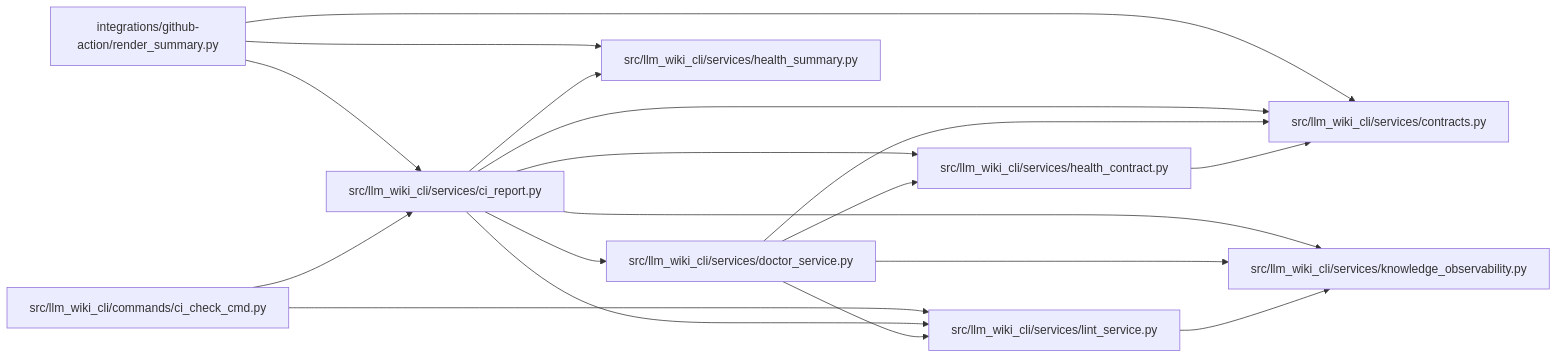
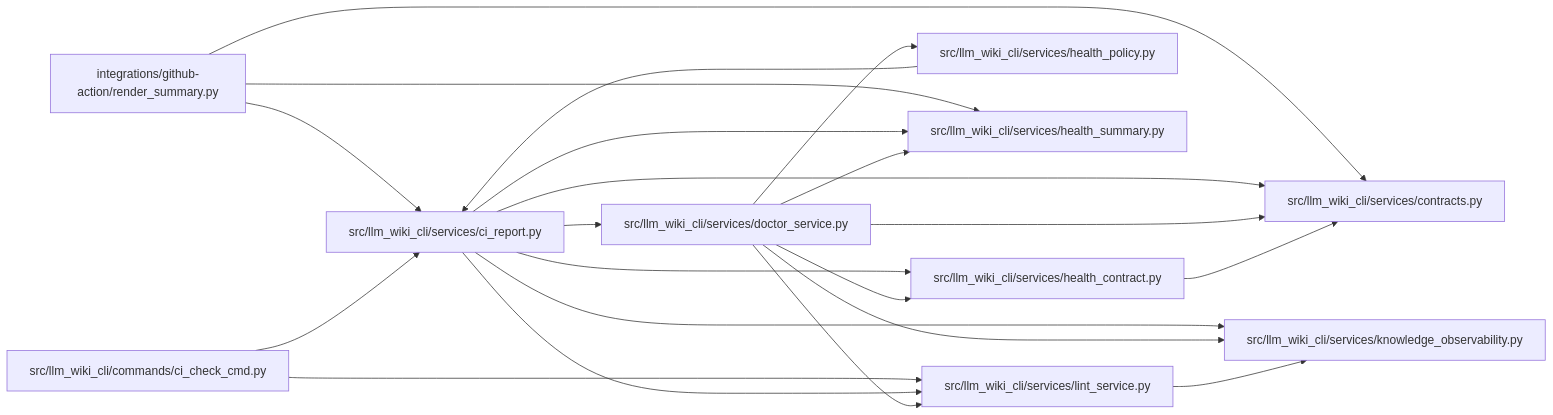
One commit to Denissvgn/python-wiki-llm changed the diagram in docs/llm_wiki/modules/ci_report.md. Above: the diagram before and after it, drawn with Mermaid. The commit also changed other lines of this file and 387 other files, not shown here.

Commit message:
docs(wiki): refresh repository maintenance knowledge

````diff
--- a/docs/llm_wiki/modules/ci_report.md
+++ b/docs/llm_wiki/modules/ci_report.md
@@ -37,38 +37,43 @@
 ```mermaid
 flowchart LR
     n0["integrations/github-action/render_summary.py"]
     n1["src/llm_wiki_cli/commands/ci_check_cmd.py"]
     n2["src/llm_wiki_cli/services/ci_report.py"]
     n3["src/llm_wiki_cli/services/contracts.py"]
     n4["src/llm_wiki_cli/services/doctor_service.py"]
     n5["src/llm_wiki_cli/services/health_contract.py"]
-    n6["src/llm_wiki_cli/services/health_summary.py"]
-    n7["src/llm_wiki_cli/services/knowledge_observability.py"]
-    n8["src/llm_wiki_cli/services/lint_service.py"]
+    n6["src/llm_wiki_cli/services/health_policy.py"]
+    n7["src/llm_wiki_cli/services/health_summary.py"]
+    n8["src/llm_wiki_cli/services/knowledge_observability.py"]
+    n9["src/llm_wiki_cli/services/lint_service.py"]
     n0 --> n2
     n0 --> n3
-    n0 --> n6
+    n0 --> n7
     n1 --> n2
-    n1 --> n8
+    n1 --> n9
     n2 --> n3
     n2 --> n4
     n2 --> n5
-    n2 --> n6
     n2 --> n7
     n2 --> n8
+    n2 --> n9
     n4 --> n3
     n4 --> n5
+    n4 --> n6
     n4 --> n7
     n4 --> n8
+    n4 --> n9
     n5 --> n3
-    n8 --> n7
+    n6 --> n2
+    n9 --> n8
     click n0 "../modules/render_summary.md"
     click n1 "../modules/ci_check_cmd.md"
     click n2 "../modules/ci_report.md"
     click n3 "../modules/services_contracts.md"
     click n4 "../modules/doctor_service.md"
     click n5 "../modules/health_contract.md"
-    click n6 "../modules/health_summary.md"
-    click n7 "../modules/knowledge_observability.md"
-    click n8 "../modules/lint_service.md"
+    click n6 "../modules/health_policy.md"
+    click n7 "../modules/health_summary.md"
+    click n8 "../modules/knowledge_observability.md"
+    click n9 "../modules/lint_service.md"
 ```
````
